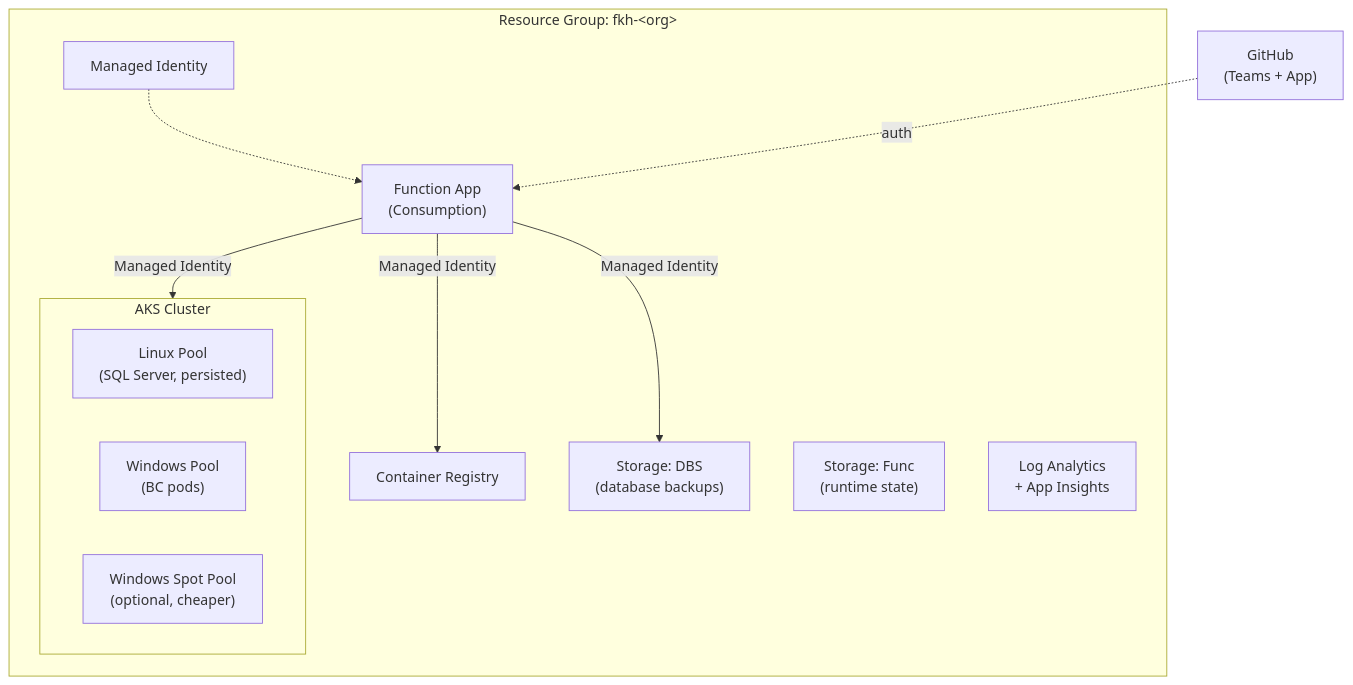
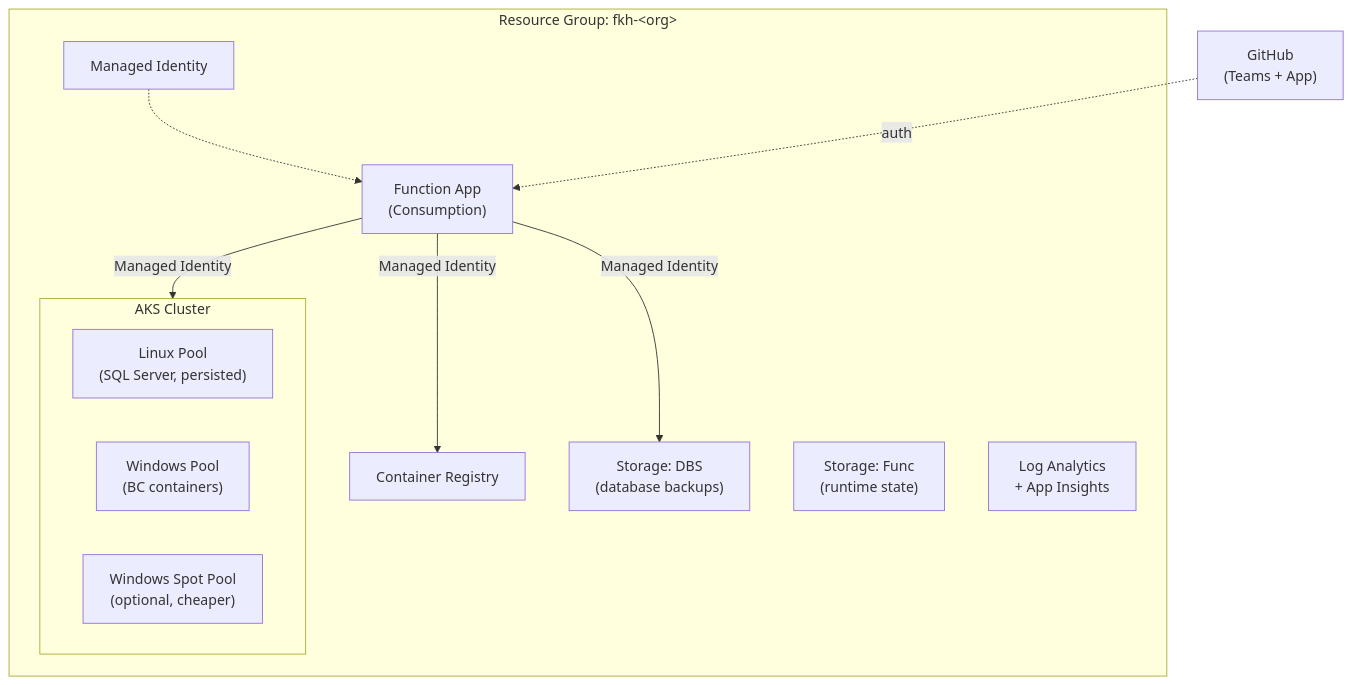
The third of 5 diagrams in Architecture.md (achim-t-org/Fkh), drawn with Mermaid before and after one commit. The commit also changed other lines of this file and 36 other files, not shown here.

Commit message:
rename pods to containers and nodes to VMs

````diff
--- a/Architecture.md
+++ b/Architecture.md
@@ -50,22 +50,22 @@
 ```mermaid
 graph TB
     subgraph RG["Resource Group: fkh-&lt;org&gt;"]
         subgraph AKS["AKS Cluster"]
             LP["Linux Pool<br/>(SQL Server, persisted)"]
-            WP["Windows Pool<br/>(BC pods)"]
+            WP["Windows Pool<br/>(BC containers)"]
             SP["Windows Spot Pool<br/>(optional, cheaper)"]
         end
         FA["Function App<br/>(Consumption)"]
         ACR["Container Registry"]
         MI["Managed Identity"]
         DBS["Storage: DBS<br/>(database backups)"]
         FST["Storage: Func<br/>(runtime state)"]
         MON["Log Analytics<br/>+ App Insights"]
     end
 
     GH["GitHub<br/>(Teams + App)"]
 
     FA -->|"Managed Identity"| AKS & ACR & DBS
     MI -.-> FA
     GH -.->|"auth"| FA
 ```
````
